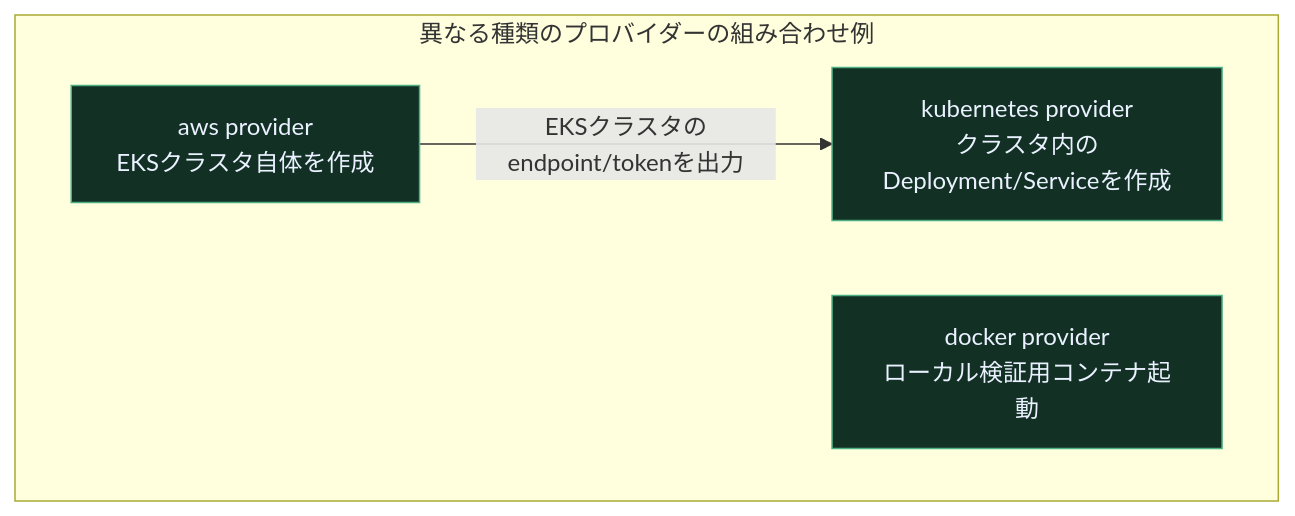
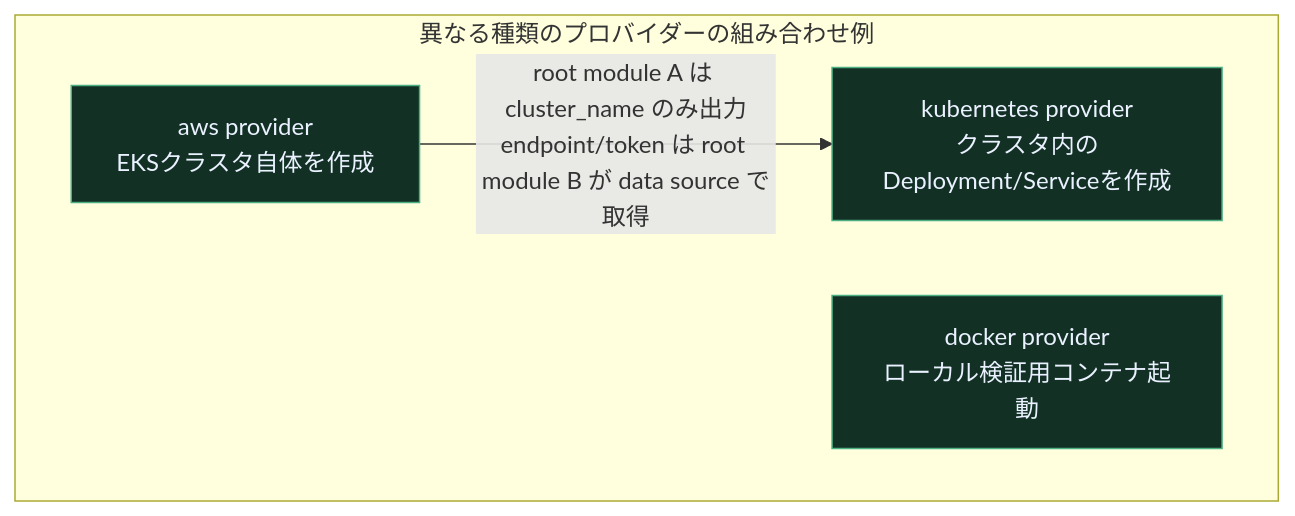
One commit to myoshi2891/Cloud-Infrastructure-Studies changed diagram 12 of 19 in Terraform-up-and-running.md. Above: the diagram before and after it, drawn with Mermaid. The commit also changed other lines of this file, not shown here.

````diff
--- a/Terraform-up-and-running.md
+++ b/Terraform-up-and-running.md
@@ -1072,12 +1074,12 @@
 ```mermaid
 flowchart TB
     subgraph Providers["異なる種類のプロバイダーの組み合わせ例"]
         AWSProv["aws provider<br/>EKSクラスタ自体を作成"]
         K8sProv["kubernetes provider<br/>クラスタ内のDeployment/Serviceを作成"]
         DockerProv["docker provider<br/>ローカル検証用コンテナ起動"]
     end
-    AWSProv -->|EKSクラスタのendpoint/tokenを出力| K8sProv
+    AWSProv -->|root module A は cluster_name のみ出力<br/>endpoint/token は root module B が data source で取得| K8sProv
 
     classDef p fill:#123024,stroke:#4caf82,color:#eaf1ff
     class AWSProv,K8sProv,DockerProv p
 ```
````
